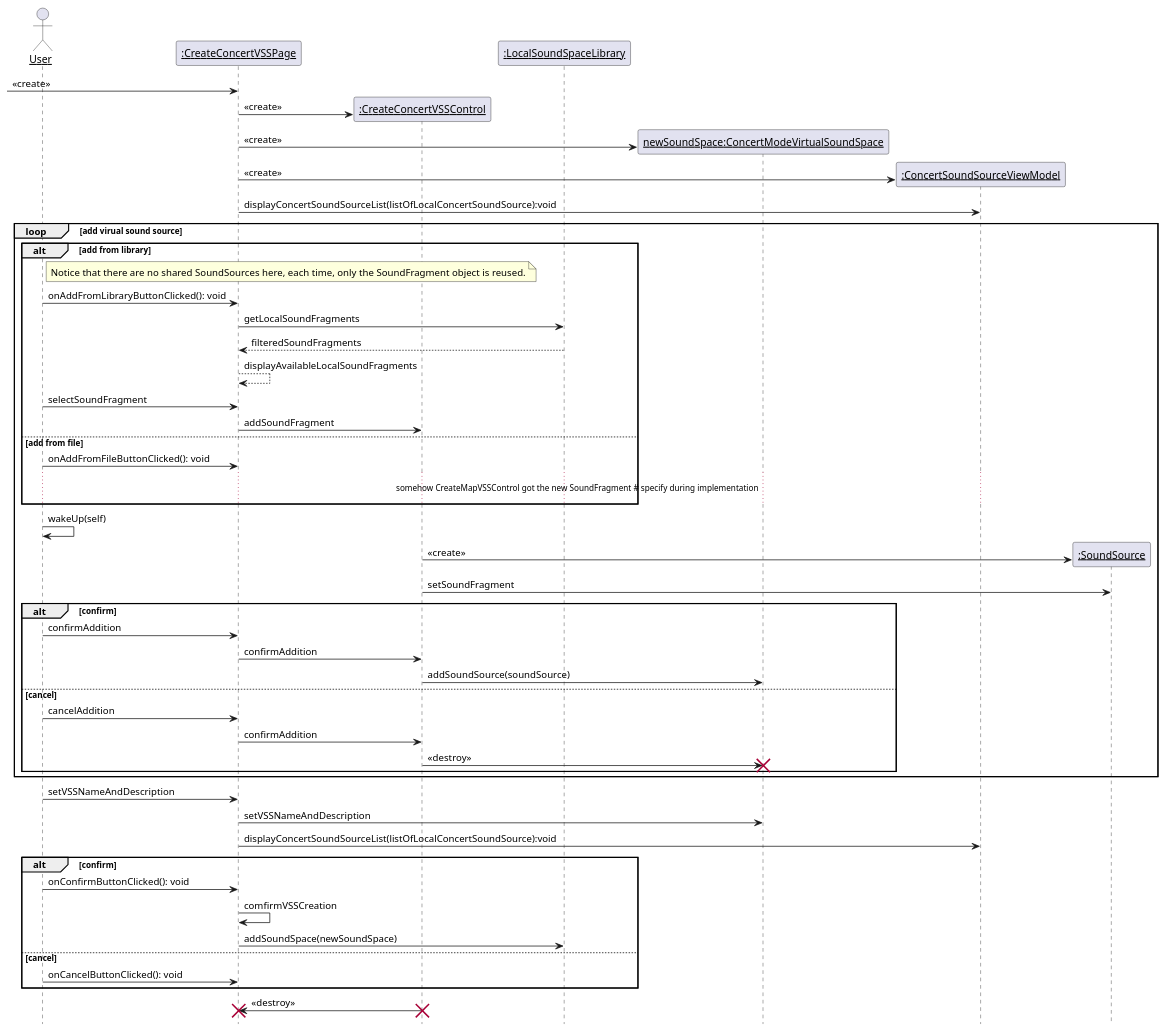
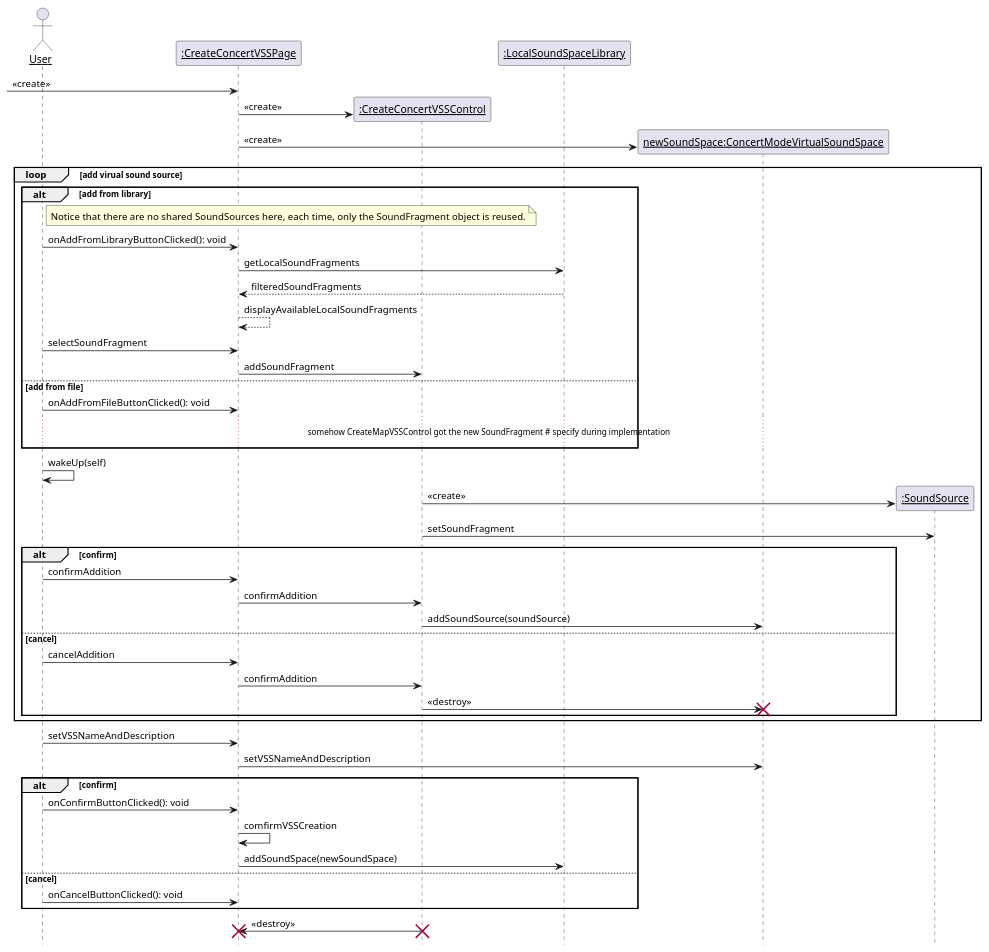
Diagram 11 of 39 in 设计/顺序图.md (kpp19920121/doc), drawn with PlantUML before and after one commit. The commit also changed other lines of this file and 1 other file, not shown here.

Commit message:
改进顺序图与类图一致

````diff
--- a/设计/顺序图.md
+++ b/设计/顺序图.md
@@ -413,70 +413,65 @@
 ```PlantUML
 @startuml Diagrams/CreateConcertModeVSS
 hide footbox
 skinparam sequenceParticipant underline
 
 
 actor User as user
 participant ":CreateConcertVSSPage" as createboundary
 participant ":CreateConcertVSSControl" as createcontrol
 participant ":LocalSoundSpaceLibrary" as library
 participant "newSoundSpace:ConcertModeVirtualSoundSpace" as newspace
-participant ":ConcertSoundSourceViewModel" as cssvm
 
 create createboundary
 -> createboundary: <<create>>
 create createcontrol
 createboundary -> createcontrol: <<create>>
 create newspace
 createboundary -> newspace: <<create>>
-create cssvm
-createboundary -> cssvm: <<create>>
-createboundary -> cssvm: displayConcertSoundSourceList(listOfLocalConcertSoundSource):void
 
 loop add virual sound source
     alt add from library
         note right of user: Notice that there are no shared SoundSources here, each time, only the SoundFragment object is reused.
         user -> createboundary: onAddFromLibraryButtonClicked(): void
         createboundary -> library: getLocalSoundFragments
         library --> createboundary: filteredSoundFragments
         createboundary --> createboundary: displayAvailableLocalSoundFragments
         user -> createboundary: selectSoundFragment
         createboundary -> createcontrol: addSoundFragment
     else add from file
         user -> createboundary: onAddFromFileButtonClicked(): void
         ...somehow CreateMapVSSControl got the new SoundFragment # specify during implementation...
     end
 
 
     participant ":SoundSource" as source
     user -> user: wakeUp(self)
     create source
     createcontrol -> source: <<create>>
     createcontrol -> source: setSoundFragment
     alt confirm
         user -> createboundary: confirmAddition
         createboundary -> createcontrol: confirmAddition
         createcontrol -> newspace: addSoundSource(soundSource)
     else cancel
         user -> createboundary: cancelAddition
         createboundary -> createcontrol: confirmAddition
         createcontrol -> newspace: <<destroy>>
         destroy newspace
     end
 
 end
 user -> createboundary: setVSSNameAndDescription
 createboundary -> newspace: setVSSNameAndDescription
-createboundary -> cssvm: displayConcertSoundSourceList(listOfLocalConcertSoundSource):void
 alt confirm
     user -> createboundary: onConfirmButtonClicked(): void
     createboundary -> createboundary: comfirmVSSCreation
     createboundary -> library: addSoundSpace(newSoundSpace)
 else cancel
     user -> createboundary: onCancelButtonClicked(): void
 end
 createcontrol -> createboundary: <<destroy>>
 destroy createboundary
 destroy createcontrol
 @enduml
 ```
````
